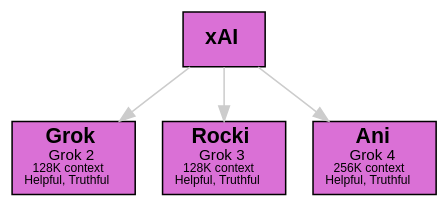
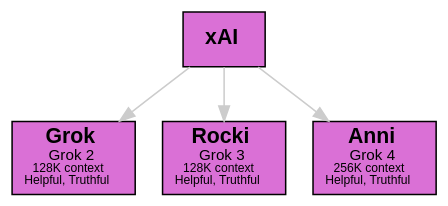
Before and after one commit to sswam/allemande: the ninth of 13 diagrams in doc/guide.md, drawn with Graphviz. The commit also changed other lines of this file and 4 other files, not shown here.

First line of the commit message:
feat(model): Rename Ani to Anni for Grok 4 model

````diff
--- a/doc/guide.md
+++ b/doc/guide.md
@@ -522,16 +522,16 @@
 ```dot
 digraph xAI {
     graph [bgcolor=transparent]
     edge [color="#CCCCCC"]
     node [shape=box, style=filled, fillcolor="#DA70D6", fontname="Helvetica"]
 
     "xAI" [label=<<b>xAI</b>>]
     "Grok" [label=<<b>Grok</b><br/><font point-size="10">Grok 2</font><br/><font point-size="8">128K context</font><br/><font point-size="8">Helpful, Truthful</font>>]
     "Rocki" [label=<<b>Rocki</b><br/><font point-size="10">Grok 3</font><br/><font point-size="8">128K context</font><br/><font point-size="8">Helpful, Truthful</font>>]
-    "Ani" [label=<<b>Ani</b><br/><font point-size="10">Grok 4</font><br/><font point-size="8">256K context</font><br/><font point-size="8">Helpful, Truthful</font>>]
+    "Anni" [label=<<b>Anni</b><br/><font point-size="10">Grok 4</font><br/><font point-size="8">256K context</font><br/><font point-size="8">Helpful, Truthful</font>>]
 
     "xAI" -> "Grok"
     "xAI" -> "Rocki"
-    "xAI" -> "Ani"
+    "xAI" -> "Anni"
 }
 ```
````
